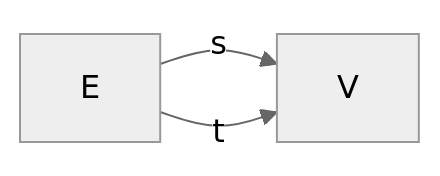
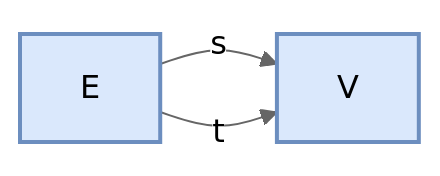
Before and after one commit to co-dh/Tc: the first of 3 diagrams in fong/migration.md, drawn with Mermaid (neutral theme). The commit also changed other lines of this file, not shown here.

First line of the commit message:
fong: color the mermaid blocks in migration.md

````diff
--- a/fong/migration.md
+++ b/fong/migration.md
@@ -37,6 +37,8 @@
 ```mermaid
 %% id: Gr
 flowchart LR
   E -- s --> V
   E -- t --> V
+  classDef obj fill:#dae8fc,stroke:#6c8ebf,stroke-width:2px,color:#000
+  class V,E obj
 ```
````
